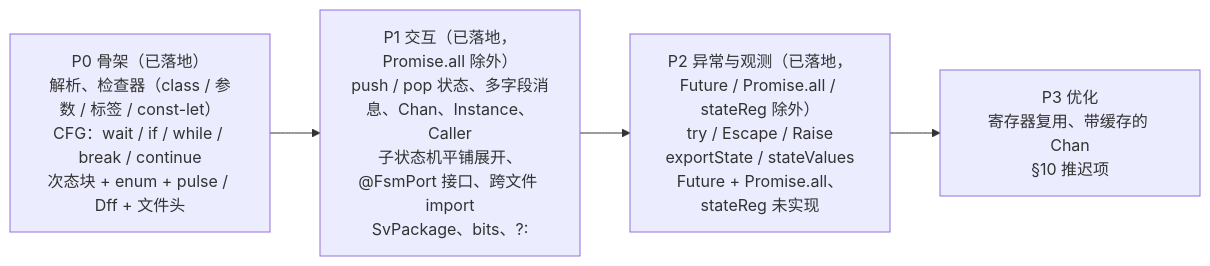
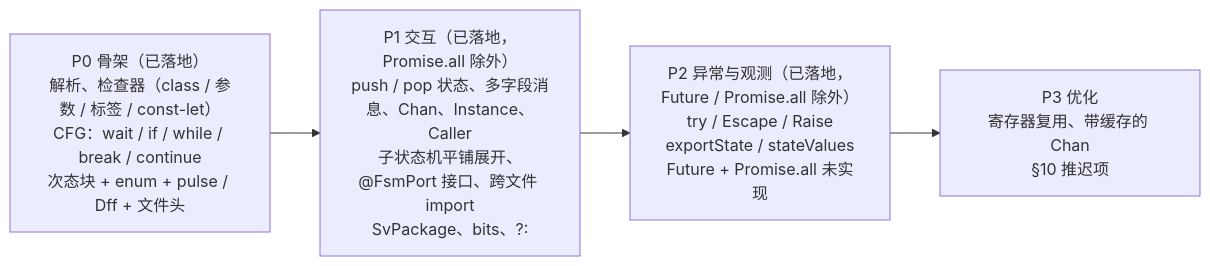
The seventh of 7 diagrams in docs/state/async-fsm.md (rede97/autowire), drawn with Mermaid before and after one commit. The commit also changed other lines of this file and 13 other files, not shown here.

````diff
--- a/docs/state/async-fsm.md
+++ b/docs/state/async-fsm.md
@@ -3791,6 +4007,6 @@
 ```mermaid
 flowchart LR
   P0["P0 骨架（已落地）<br/>解析、检查器（class / 参数 / 标签 / const-let）<br/>CFG：wait / if / while / break / continue<br/>次态块 + enum + pulse / Dff + 文件头"] --> P1["P1 交互（已落地，Promise.all 除外）<br/>push / pop 状态、多字段消息、Chan、Instance、Caller<br/>子状态机平铺展开、@FsmPort 接口、跨文件 import<br/>SvPackage、bits、?:"]
-  P1 --> P2["P2 异常与观测（已落地，Future / Promise.all / stateReg 除外）<br/>try / Escape / Raise<br/>exportState / stateValues<br/>Future + Promise.all、stateReg 未实现"]
+  P1 --> P2["P2 异常与观测（已落地，Future / Promise.all 除外）<br/>try / Escape / Raise<br/>exportState / stateValues<br/>Future + Promise.all 未实现"]
   P2 --> P3["P3 优化<br/>寄存器复用、带缓存的 Chan<br/>§10 推迟项"]
 ```
````
